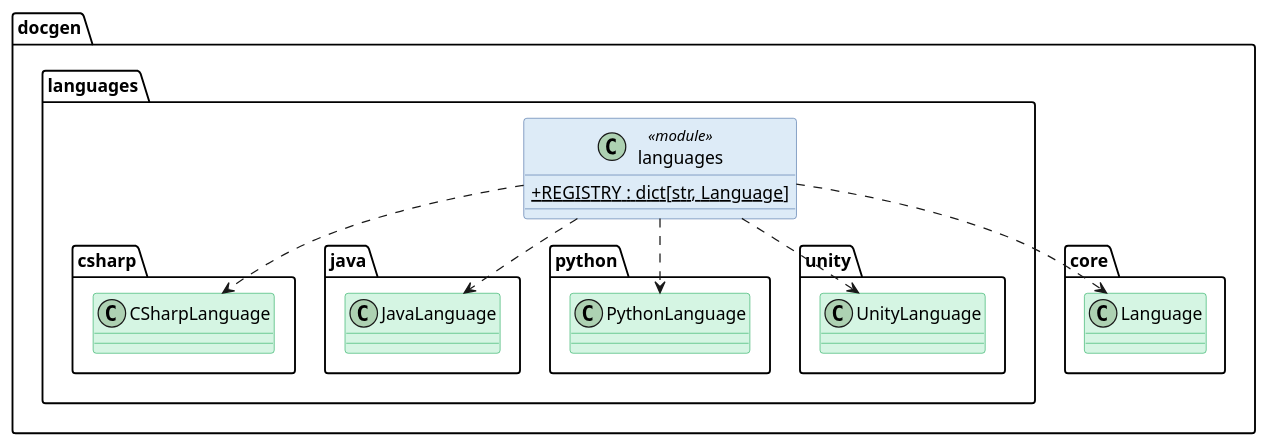
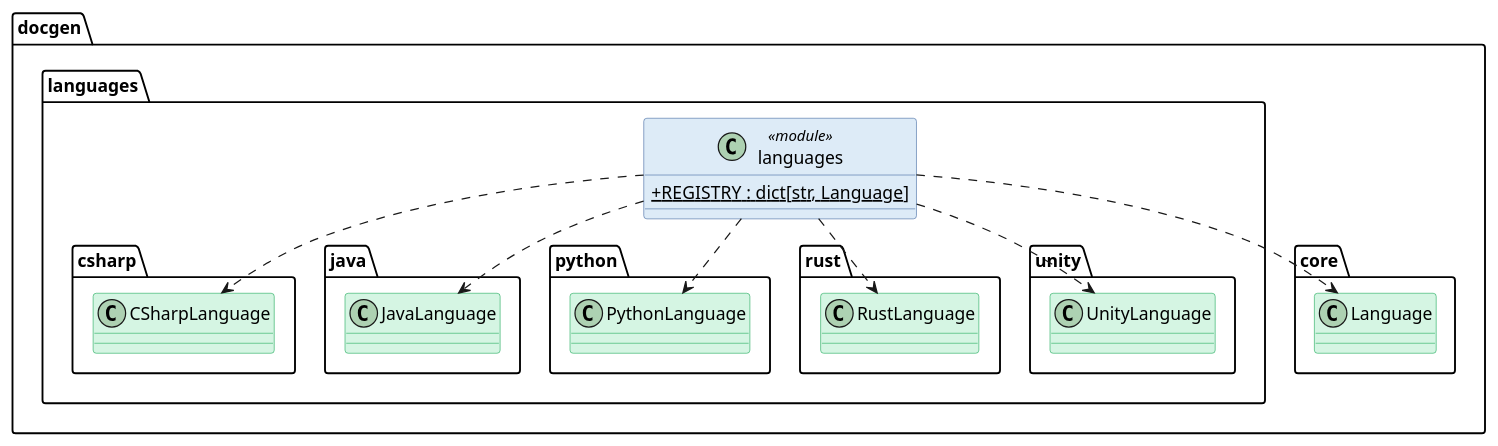
The diagram in docs/Modelisation/ClassDiagram-Full/docgen/languages/__init__.puml (Boulede987/DocGeneration), drawn with PlantUML before and after one commit. The commit also changed 132 other files, not shown here.

First line of the commit message:
feat(rust): generate class diagrams from Rust crates

```diff
--- a/docs/Modelisation/ClassDiagram-Full/docgen/languages/__init__.puml
+++ b/docs/Modelisation/ClassDiagram-Full/docgen/languages/__init__.puml
@@ -1,47 +1,48 @@
 @startuml __init__
 
 skinparam classAttributeIconSize 0
 skinparam shadowing false
 
 skinparam class {
   BackgroundColor<<interface>> #D6EAF8
   BorderColor<<interface>> #2E86C1
 }
 skinparam class {
   BackgroundColor<<abstract>> #E8DAEF
   BorderColor<<abstract>> #8E44AD
 }
 skinparam class {
   BackgroundColor #D5F5E3
   BorderColor #27AE60
 }
 skinparam class {
   BackgroundColor<<dataclass>> #FCF3CF
   BorderColor<<dataclass>> #B7950B
 }
 skinparam class {
   BackgroundColor<<module>> #DDEBF7
   BorderColor<<module>> #4A6FA5
 }
 skinparam class {
   BackgroundColor<<static>> #a7faa0
   BorderColor<<static>> #38d610
 }
 skinparam class {
   BackgroundColor<<enum>> #F5B7B1
   BorderColor<<enum>> #C0392B
 }
 
 namespace docgen.languages {
 class languages <<module>> {
   + {static} REGISTRY : dict[str, Language]
 }
 }
 
 docgen.languages.languages ..> docgen.languages.csharp.CSharpLanguage
 docgen.languages.languages ..> docgen.languages.java.JavaLanguage
 docgen.languages.languages ..> docgen.core.Language
 docgen.languages.languages ..> docgen.languages.python.PythonLanguage
+docgen.languages.languages ..> docgen.languages.rust.RustLanguage
 docgen.languages.languages ..> docgen.languages.unity.UnityLanguage
 
 @enduml
```
